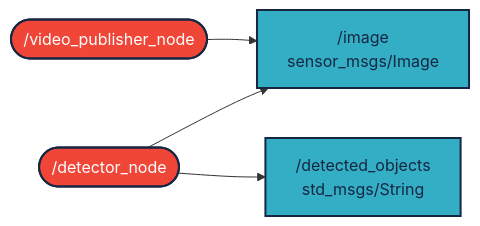
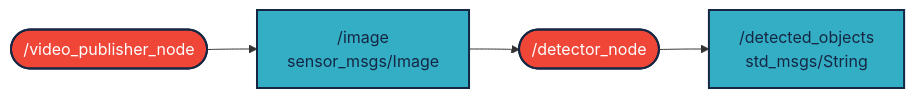
Before and after one commit to SlayM4yd4y/ros_yolo_model: the diagram in README.md, drawn with Mermaid.

Commit message:
Fix diagram flow in README by correcting node connections

````diff
--- a/README.md
+++ b/README.md
@@ -4,12 +4,12 @@
 ``` mermaid
 graph LR;
 
 video_publisher([ /video_publisher_node]):::red --> image[ /image<br/>sensor_msgs/Image]:::light
-detector([ /detector_node]):::red --> detected_objects[ /detected_objects<br/>std_msgs/String]:::light
-detector --> image
+image --> detector([ /detector_node]):::red
+detector --> detected_objects[ /detected_objects<br/>std_msgs/String]:::light
 
 classDef light fill:#34aec5,stroke:#152742,stroke-width:2px,color:#152742  
 classDef dark fill:#152742,stroke:#34aec5,stroke-width:2px,color:#34aec5
 classDef white fill:#ffffff,stroke:#152742,stroke-width:2px,color:#152742
 classDef red fill:#ef4638,stroke:#152742,stroke-width:2px,color:#fff
 ```
````
